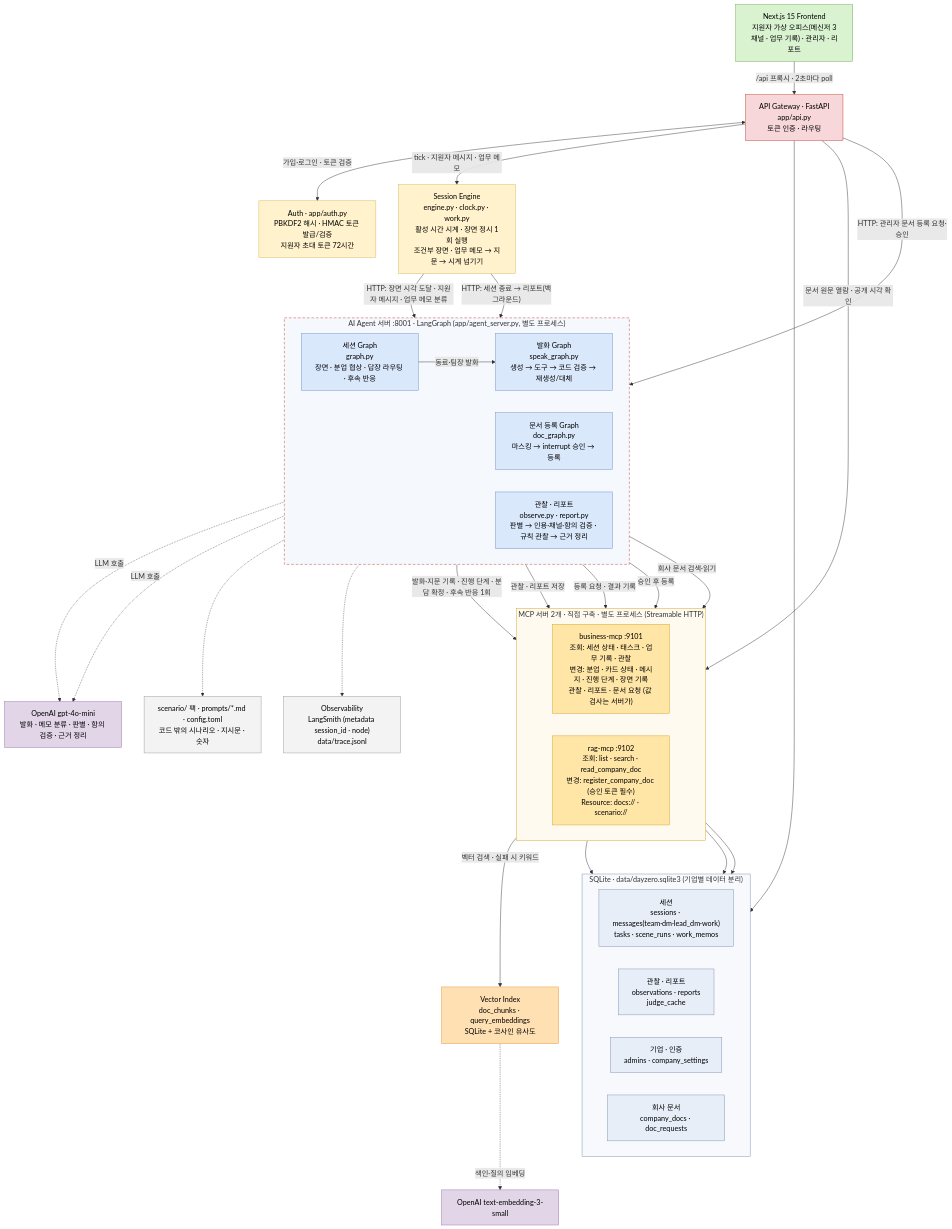
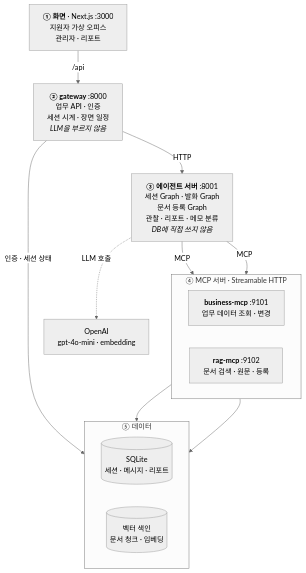
One commit to SKALA-AI-meeting/DayZer0_ahrdyrxkddhfl changed the first of 2 diagrams in README.md. Above: the diagram before and after it, drawn with Mermaid. The commit also changed other lines of this file, not shown here.

Commit message:
docs: README 아키텍처 그림을 무채색 계층도 + 요청 흐름 시퀀스로 다시 그림
- 프로세스 5개(화면·gateway·에이전트 서버·MCP 2개)와 데이터를 위에서 아래 한 방향으로
- 계층별 하는 일 / 하지 않는 일(교안 금지 사항) 표
- 지원자 메시지 하나가 처리되는 길(시퀀스 다이어그램)

````diff
--- a/README.md
+++ b/README.md
@@ -69,85 +71,29 @@
 ```mermaid
+%%{init: {"theme": "neutral"}}%%
 flowchart TB
-    FE["Next.js 15 Frontend<br/>지원자 가상 오피스(메신저 3채널 · 업무 기록) · 관리자 · 리포트"]
-    GW["API Gateway · FastAPI<br/>app/api.py<br/>토큰 인증 · 라우팅"]
-    AUTH["Auth · app/auth.py<br/>PBKDF2 해시 · HMAC 토큰 발급/검증<br/>지원자 초대 토큰 72시간"]
-    ENG["Session Engine<br/>engine.py · clock.py · work.py<br/>활성 시간 시계 · 장면 정시 1회 실행<br/>조건부 장면 · 업무 메모 → 지문 → 시계 넘기기"]
+    FE["<b>① 화면</b> · Next.js :3000<br/>지원자 가상 오피스<br/>관리자 · 리포트"]
+    GW["<b>② gateway</b> :8000<br/>업무 API · 인증<br/>세션 시계 · 장면 일정<br/><i>LLM을 부르지 않음</i>"]
+    AG["<b>③ 에이전트 서버</b> :8001<br/>세션 Graph · 발화 Graph<br/>문서 등록 Graph<br/>관찰 · 리포트 · 메모 분류<br/><i>DB에 직접 쓰지 않음</i>"]
+    LLM["OpenAI<br/>gpt-4o-mini · embedding"]
 
-    FE -->|"/api 프록시 · 2초마다 poll"| GW
-    GW <-->|"가입·로그인 · 토큰 검증"| AUTH
-    GW -->|"tick · 지원자 메시지 · 업무 메모"| ENG
-
-    subgraph AGENT["AI Agent 서버 :8001 · LangGraph (app/agent_server.py, 별도 프로세스)"]
+    subgraph MCP["④ MCP 서버 · Streamable HTTP"]
         direction LR
-        SG["세션 Graph<br/>graph.py<br/>장면 · 분업 협상 · 답장 라우팅 · 후속 반응"]
-        SPK["발화 Graph<br/>speak_graph.py<br/>생성 → 도구 → 코드 검증 → 재생성/대체"]
-        DOC["문서 등록 Graph<br/>doc_graph.py<br/>마스킹 → interrupt 승인 → 등록"]
-        OBS["관찰 · 리포트<br/>observe.py · report.py<br/>판별 → 인용·채널·함의 검증 · 규칙 관찰 → 근거 정리"]
+        BIZ["<b>business-mcp</b> :9101<br/>업무 데이터 조회 · 변경"]
+        RAG["<b>rag-mcp</b> :9102<br/>문서 검색 · 원문 · 등록"]
     end
 
-    ENG -->|"HTTP: 장면 시각 도달 · 지원자 메시지 · 업무 메모 분류"| SG
-    SG -->|"동료·팀장 발화"| SPK
-    GW -->|"HTTP: 관리자 문서 등록 요청·승인"| DOC
-    ENG -->|"HTTP: 세션 종료 → 리포트(백그라운드)"| OBS
-
-    subgraph MCP["MCP 서버 2개 · 직접 구축 · 별도 프로세스 (Streamable HTTP)"]
+    subgraph DATA["⑤ 데이터"]
         direction LR
-        BIZ["business-mcp :9101<br/>조회: 세션 상태 · 태스크 · 업무 기록 · 관찰<br/>변경: 분업 · 카드 상태 · 메시지 · 진행 단계 · 장면 기록<br/>관찰 · 리포트 · 문서 요청 (값 검사는 서버가)"]
-        RAG["rag-mcp :9102<br/>조회: list · search · read_company_doc<br/>변경: register_company_doc (승인 토큰 필수)<br/>Resource: docs:// · scenario://"]
+        DB[("SQLite<br/>세션 · 메시지 · 리포트")]
+        VEC[("벡터 색인<br/>문서 청크 · 임베딩")]
     end
 
-    SPK -->|"회사 문서 검색·읽기"| MCP
-    SG -->|"발화·지문 기록 · 진행 단계 · 분담 확정 · 후속 반응 1회"| BIZ
-    OBS -->|"관찰 · 리포트 저장"| BIZ
-    DOC -->|"등록 요청 · 결과 기록"| BIZ
-    DOC -->|"승인 후 등록"| RAG
-    GW -->|"문서 원문 열람 · 공개 시각 확인"| RAG
-
-    LLM["OpenAI gpt-4o-mini<br/>발화 · 메모 분류 · 판별 · 함의 검증 · 근거 정리"]
-    EMB["OpenAI text-embedding-3-small"]
-    SPK -.->|"LLM 호출"| LLM
-    OBS -.->|"LLM 호출"| LLM
-
-    subgraph DB["SQLite · data/dayzero.sqlite3 (기업별 데이터 분리)"]
-        direction LR
-        T1["세션<br/>sessions · messages(team·dm·lead_dm·work)<br/>tasks · scene_runs · work_memos"]
-        T2["관찰 · 리포트<br/>observations · reports<br/>judge_cache"]
-        T3["기업 · 인증<br/>admins · company_settings"]
-        T4["회사 문서<br/>company_docs · doc_requests"]
-    end
-    VEC["Vector Index<br/>doc_chunks · query_embeddings<br/>SQLite + 코사인 유사도"]
-
-    BIZ --> T1
-    BIZ --> T2
-    RAG --> T4
-    GW --> T3
-    RAG -->|"벡터 검색 · 실패 시 키워드"| VEC
-    VEC -.->|"색인·질의 임베딩"| EMB
-
-    FILES["scenario/ 팩 · prompts/*.md · config.toml<br/>코드 밖의 시나리오 · 지시문 · 숫자"]
-    OBSV["Observability<br/>LangSmith (metadata session_id · node)<br/>data/trace.jsonl"]
-    AGENT -.-> FILES
-    AGENT -.-> OBSV
-
-    classDef fe fill:#d9f2d0,stroke:#6aa84f,color:#000
-    classDef gw fill:#f8d7da,stroke:#c0392b,color:#000
-    classDef side fill:#fff2cc,stroke:#d6b656,color:#000
-    classDef agent fill:#dae8fc,stroke:#6c8ebf,color:#000
-    classDef mcp fill:#ffe6a7,stroke:#d6a01e,color:#000
-    classDef ai fill:#e1d5e7,stroke:#9673a6,color:#000
-    classDef db fill:#e8eef7,stroke:#7a8fb3,color:#000
-    classDef vec fill:#ffe0b2,stroke:#e69138,color:#000
-    classDef etc fill:#f3f3f3,stroke:#999999,color:#000
-    class FE fe
-    class GW gw
-    class AUTH,ENG side
-    class SG,SPK,DOC,OBS agent
-    class BIZ,RAG mcp
-    class LLM,EMB ai
-    class T1,T2,T3,T4 db
-    class VEC vec
-    class FILES,OBSV etc
-    style AGENT fill:#f5f8fd,stroke:#c0392b,stroke-dasharray: 6 4
-    style MCP fill:#fffaf0,stroke:#d6a01e
-    style DB fill:#f7f9fc,stroke:#7a8fb3
+    FE -->|"/api"| GW
+    GW -->|"HTTP"| AG
+    AG -.->|"LLM 호출"| LLM
+    AG -->|"MCP"| BIZ
+    AG -->|"MCP"| RAG
+    GW -->|"인증 · 세션 상태"| DB
+    BIZ --> DB
+    RAG --> VEC
 ```
````
